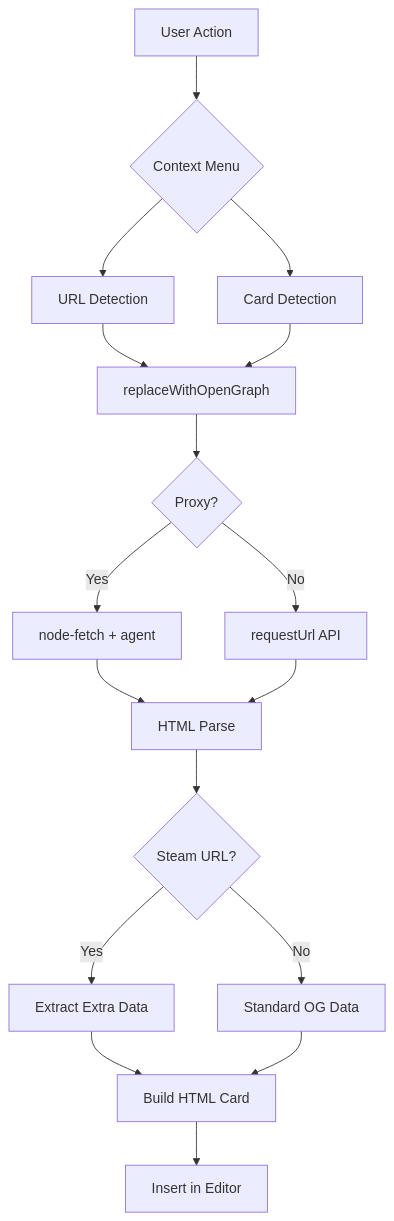
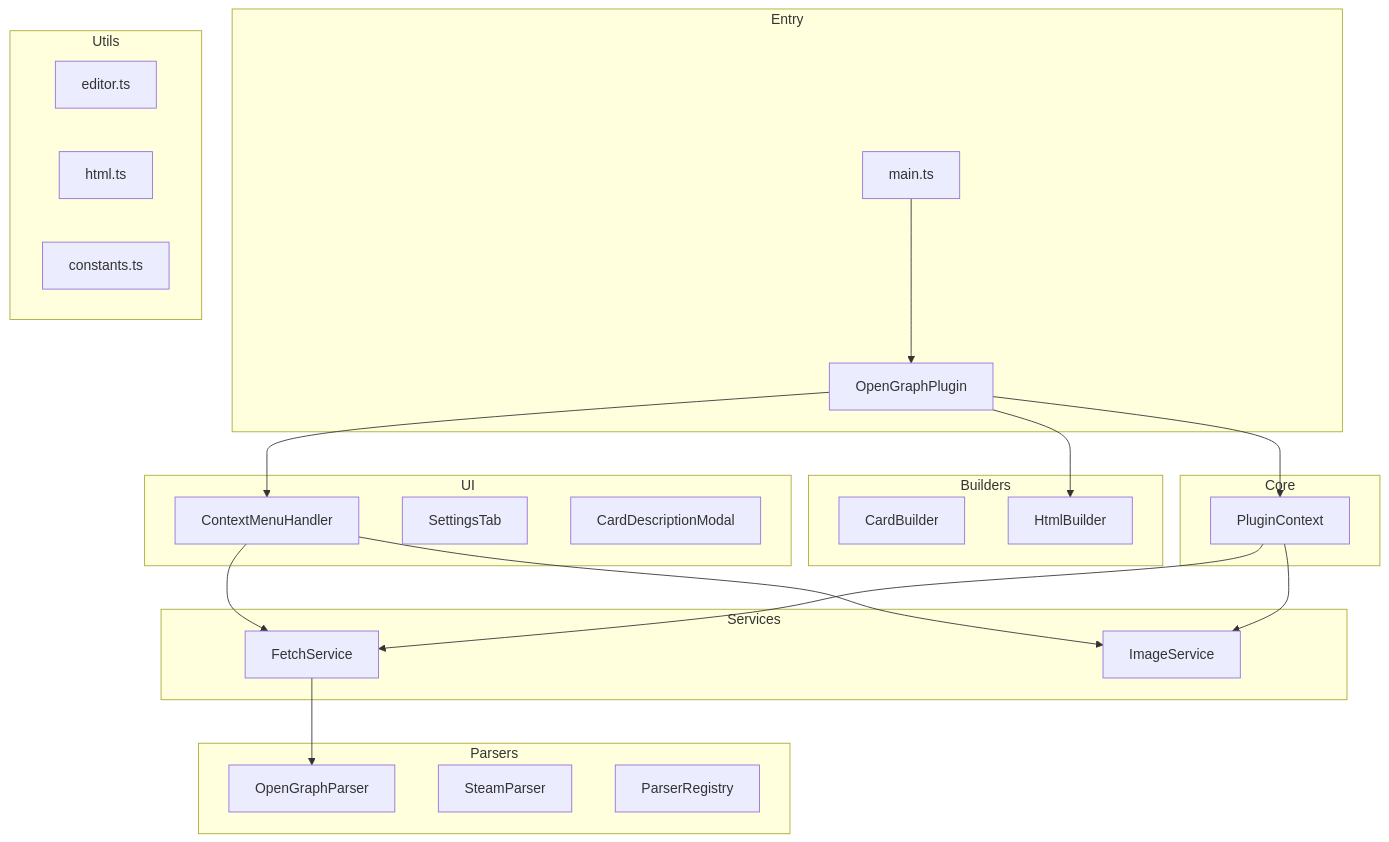
The diagram in .kilocode/rules-architect/AGENTS.md (viruseg/obsidian-open-graph-card), drawn with Mermaid before and after one commit. The commit also changed other lines of this file and 3 other files, not shown here.

````diff
--- a/.kilocode/rules-architect/AGENTS.md
+++ b/.kilocode/rules-architect/AGENTS.md
@@ -7,19 +7,46 @@
 ```mermaid
-flowchart TD
-    A[User Action] --> B{Context Menu}
-    B --> C[URL Detection]
-    B --> D[Card Detection]
-    C --> E[replaceWithOpenGraph]
-    D --> E
-    E --> F{Proxy?}
-    F -->|Yes| G[node-fetch + agent]
-    F -->|No| H[requestUrl API]
-    G --> I[HTML Parse]
-    H --> I
-    I --> J{Steam URL?}
-    J -->|Yes| K[Extract Extra Data]
-    J -->|No| L[Standard OG Data]
-    K --> M[Build HTML Card]
-    L --> M
-    M --> N[Insert in Editor]
+flowchart TB
+    subgraph Entry
+        A[main.ts] --> B[OpenGraphPlugin]
+    end
+    
+    subgraph Core
+        B --> C[PluginContext]
+    end
+    
+    subgraph Services
+        E[FetchService]
+        F[ImageService]
+    end
+    
+    subgraph Parsers
+        H[OpenGraphParser]
+        I[SteamParser]
+        J[ParserRegistry]
+    end
+    
+    subgraph Builders
+        K[CardBuilder]
+        L[HtmlBuilder]
+    end
+    
+    subgraph UI
+        M[ContextMenuHandler]
+        N[SettingsTab]
+        O[CardDescriptionModal]
+    end
+    
+    subgraph Utils
+        P[editor.ts]
+        Q[html.ts]
+        R[constants.ts]
+    end
+    
+    B --> M
+    M --> E
+    M --> F
+    C --> E
+    C --> F
+    E --> H
+    B --> L
 ```
````
